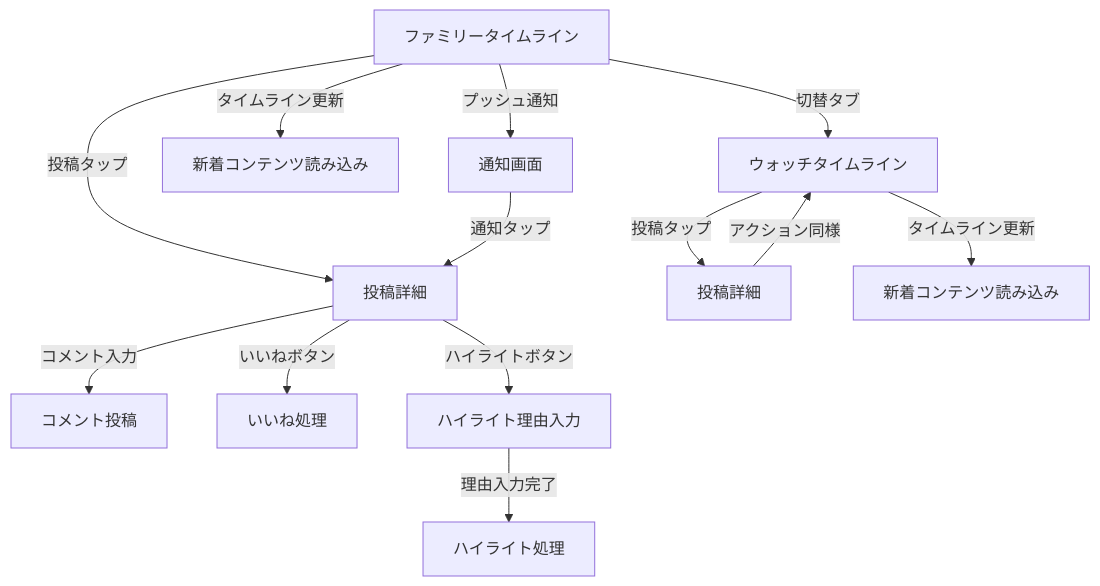
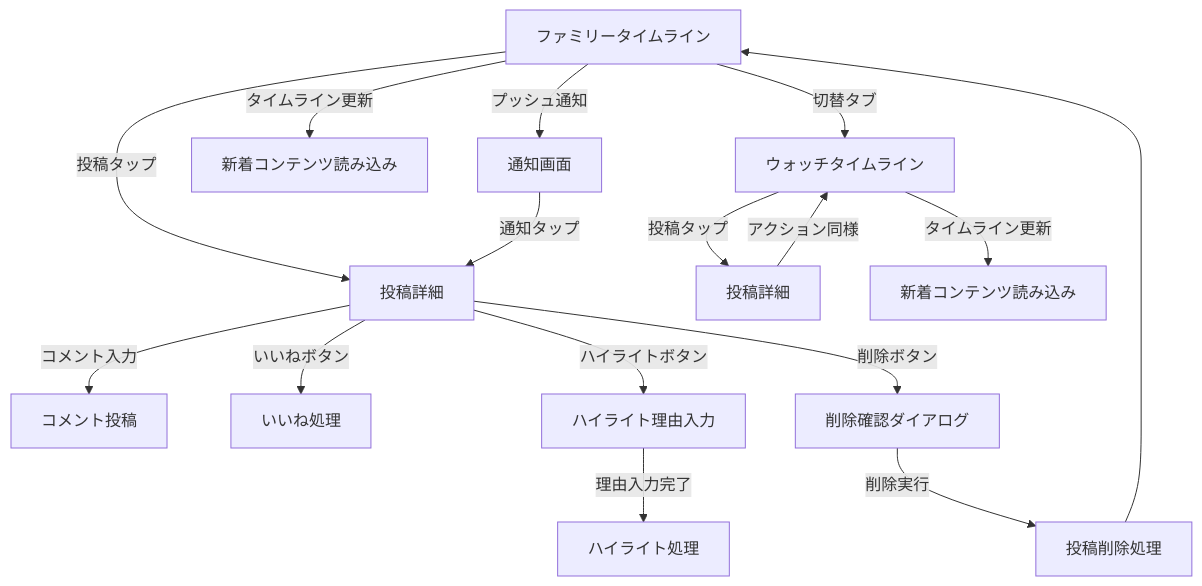
The third of 26 diagrams in doc/screen_flow.md (okap-goldman/kanushi), drawn with Mermaid before and after one commit. The commit also changed other lines of this file and 199 other files, not shown here.

````diff
--- a/doc/screen_flow.md
+++ b/doc/screen_flow.md
@@ -36,18 +416,21 @@
 ```mermaid
 graph TD
   B[ファミリータイムライン] -->|投稿タップ| B1[投稿詳細]
   B1 -->|コメント入力| B2[コメント投稿]
   B1 -->|いいねボタン| B3[いいね処理]
   B1 -->|ハイライトボタン| B4[ハイライト理由入力]
   B4 -->|理由入力完了| B5[ハイライト処理]
+  B1 -->|削除ボタン| B8[削除確認ダイアログ]
+  B8 -->|削除実行| B9[投稿削除処理]
+  B9 --> B
   
   B -->|切替タブ| W[ウォッチタイムライン]
   W -->|投稿タップ| W1[投稿詳細]
   W1 -->|アクション同様| W
   
   B -->|タイムライン更新| B6[新着コンテンツ読み込み]
   W -->|タイムライン更新| W2[新着コンテンツ読み込み]
   
   B -->|プッシュ通知| B7[通知画面]
   B7 -->|通知タップ| B1
 ```
````
